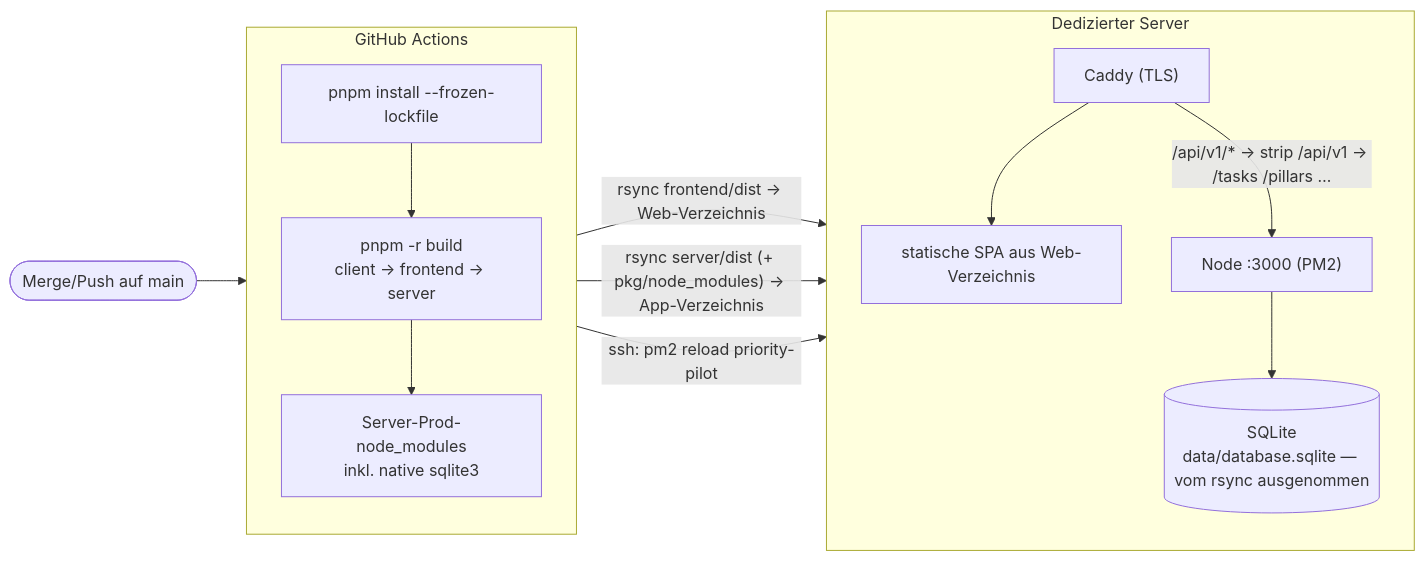
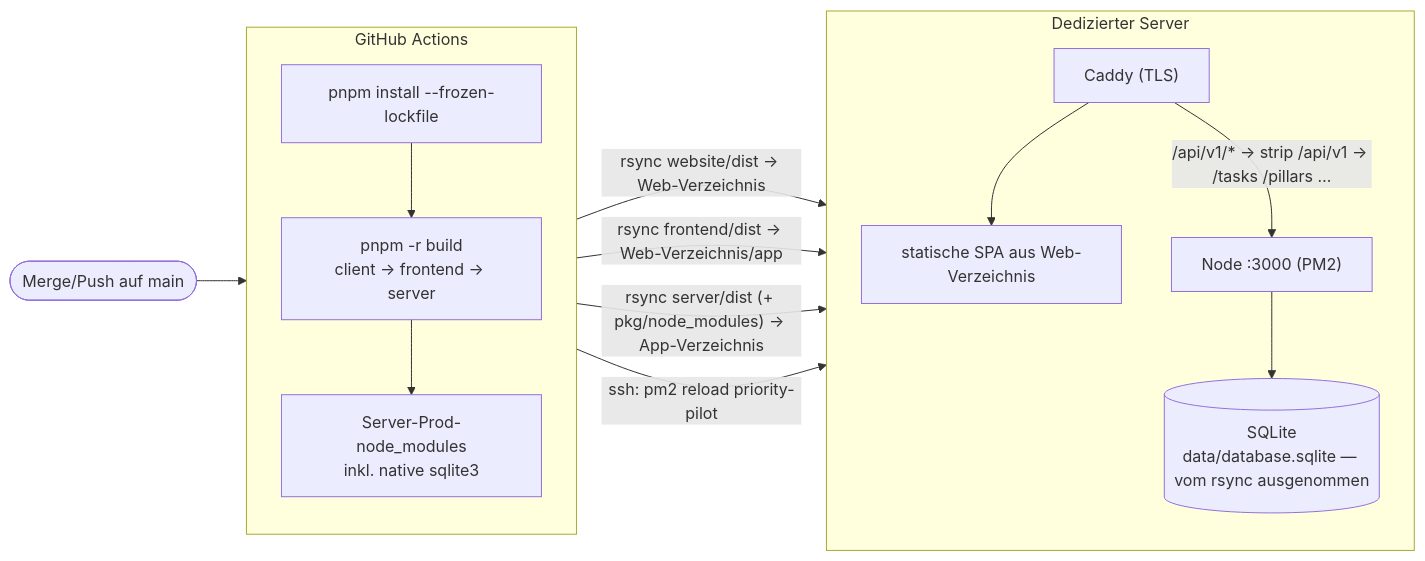
The diagram in docs/deployment.md (deleonio/priority-pilot), drawn with Mermaid before and after one commit. The commit also changed other lines of this file and 247 other files, not shown here.

Commit message:
feat(frontend): serve the app under /app/ and add a public website (#1621)

````diff
--- a/docs/deployment.md
+++ b/docs/deployment.md
@@ -29,21 +32,22 @@
 ```mermaid
 flowchart LR
     merge([Merge/Push auf main]) --> gha
 
     subgraph gha["GitHub Actions"]
         direction TB
         b1["pnpm install --frozen-lockfile"] --> b2["pnpm -r build<br/>client → frontend → server"]
         b2 --> b3["Server-Prod-node_modules<br/>inkl. native sqlite3"]
     end
 
-    gha -- "rsync frontend/dist → Web-Verzeichnis" --> host
+    gha -- "rsync website/dist → Web-Verzeichnis" --> host
+    gha -- "rsync frontend/dist → Web-Verzeichnis/app" --> host
     gha -- "rsync server/dist (+ pkg/node_modules) → App-Verzeichnis" --> host
     gha -- "ssh: pm2 reload priority-pilot" --> host
 
     subgraph host["Dedizierter Server"]
         direction TB
         caddy["Caddy (TLS)"] --> spa["statische SPA aus Web-Verzeichnis"]
         caddy -- "/api/v1/* → strip /api/v1 → /tasks /pillars …" --> node["Node :3000 (PM2)"]
         node --> db[("SQLite<br/>data/database.sqlite — vom rsync ausgenommen")]
     end
 ```
````
